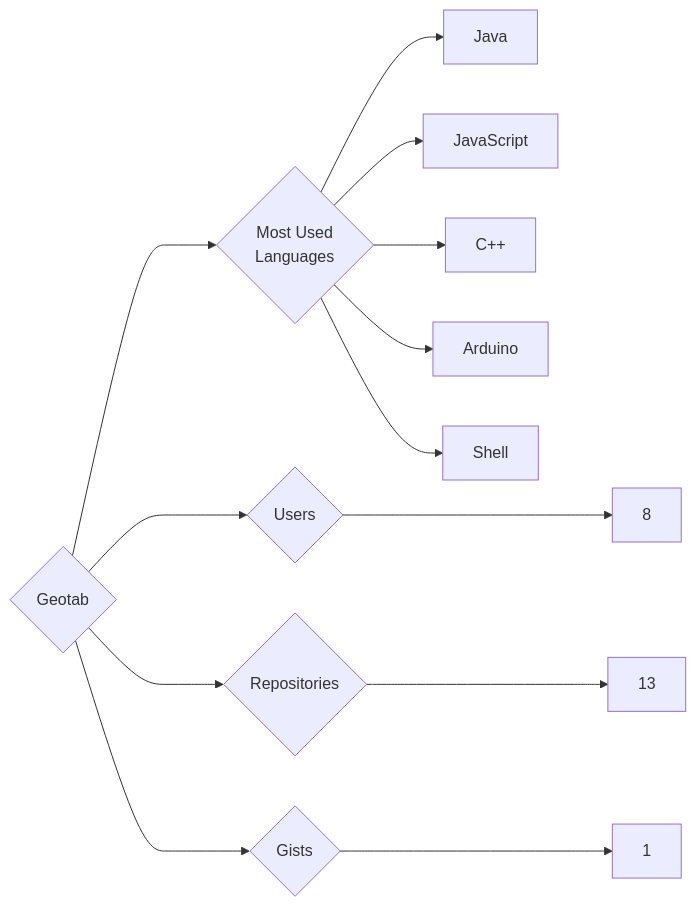
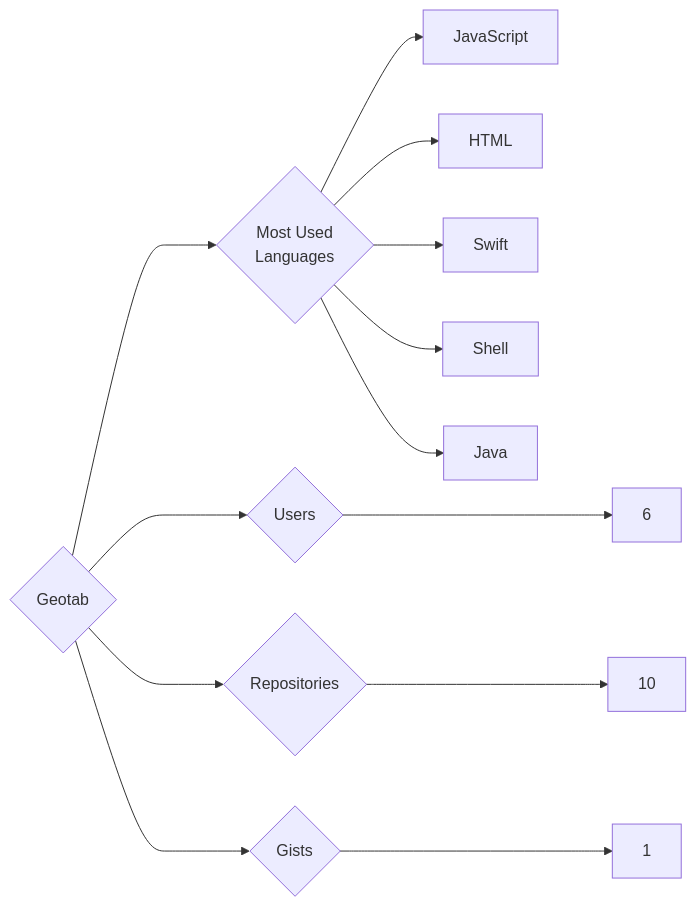
The diagram in targets/Geotab/README.md (trickest/insiders), drawn with Mermaid before and after one commit. The commit also changed 1007 other files, not shown here.

````diff
--- a/targets/Geotab/README.md
+++ b/targets/Geotab/README.md
@@ -3,13 +3,13 @@
 ```mermaid
 graph LR
 COMPANY_NAME{Geotab}
-COMPANY_NAME ---> U{Users} ---> UN[8]
-COMPANY_NAME ---> R{Repositories} ---> RN[13]
+COMPANY_NAME ---> U{Users} ---> UN[6]
+COMPANY_NAME ---> R{Repositories} ---> RN[10]
 COMPANY_NAME ---> G{Gists} ---> GN[1]
 COMPANY_NAME ---> ML{Most Used<br>Languages}
+ML --> JavaScript[JavaScript]
+ML --> HTML[HTML]
+ML --> Swift[Swift]
+ML --> Shell[Shell]
 ML --> Java[Java]
-ML --> JavaScript[JavaScript]
-ML --> C++[C++]
-ML --> Arduino[Arduino]
-ML --> Shell[Shell]
 ```
````
